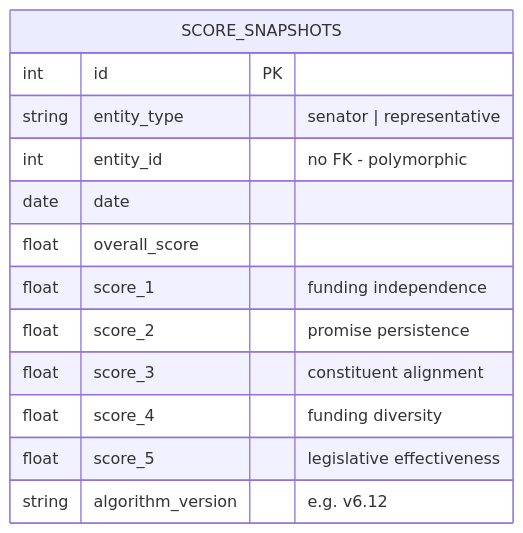
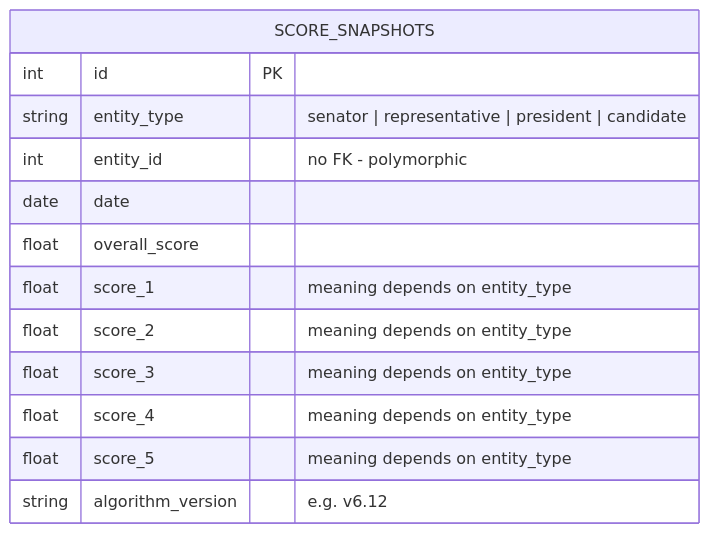
The fourth of 4 diagrams in docs/diagrams/07-data-model.md (kamoras/civitas), drawn with Mermaid before and after one commit. The commit also changed other lines of this file and 10 other files, not shown here.

````diff
--- a/docs/diagrams/07-data-model.md
+++ b/docs/diagrams/07-data-model.md
@@ -162,16 +163,16 @@
 ```mermaid
 erDiagram
     SCORE_SNAPSHOTS {
         int id PK
-        string entity_type "senator | representative"
+        string entity_type "senator | representative | president | candidate"
         int entity_id "no FK - polymorphic"
         date date
         float overall_score
-        float score_1 "funding independence"
-        float score_2 "promise persistence"
-        float score_3 "constituent alignment"
-        float score_4 "funding diversity"
-        float score_5 "legislative effectiveness"
+        float score_1 "meaning depends on entity_type"
+        float score_2 "meaning depends on entity_type"
+        float score_3 "meaning depends on entity_type"
+        float score_4 "meaning depends on entity_type"
+        float score_5 "meaning depends on entity_type"
         string algorithm_version "e.g. v6.12"
     }
 ```
````
